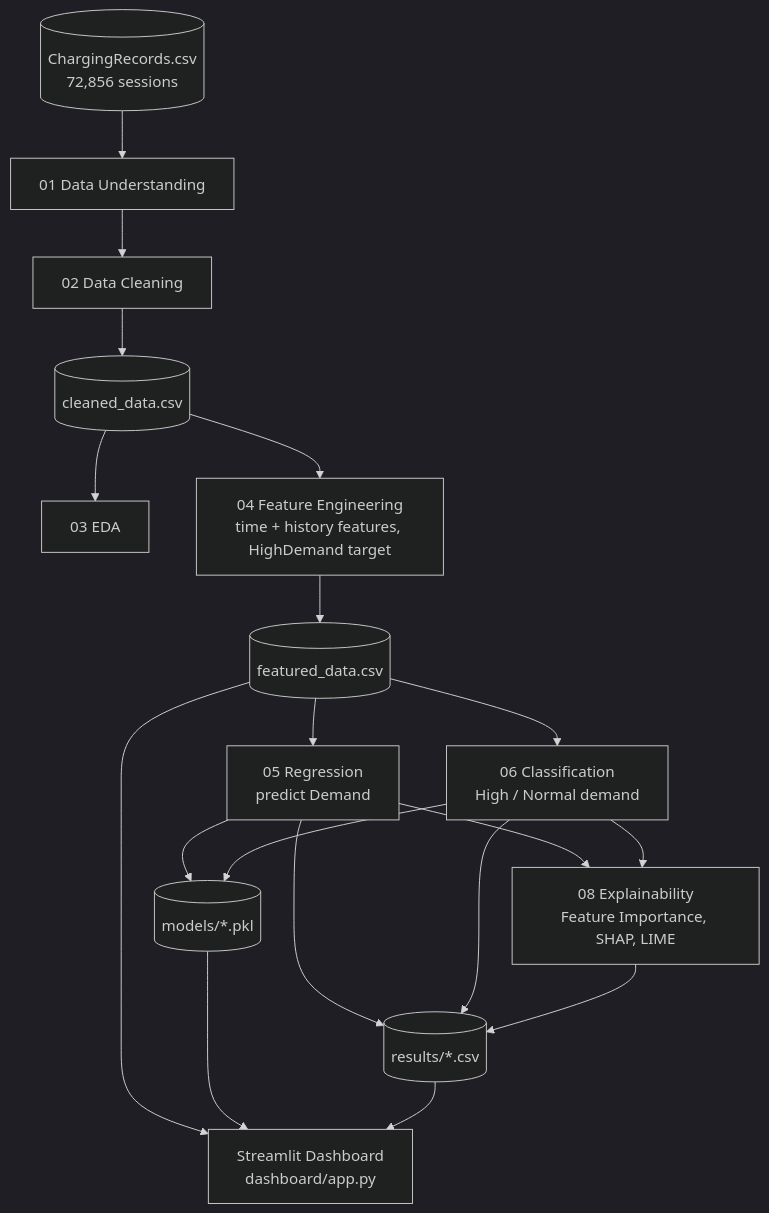
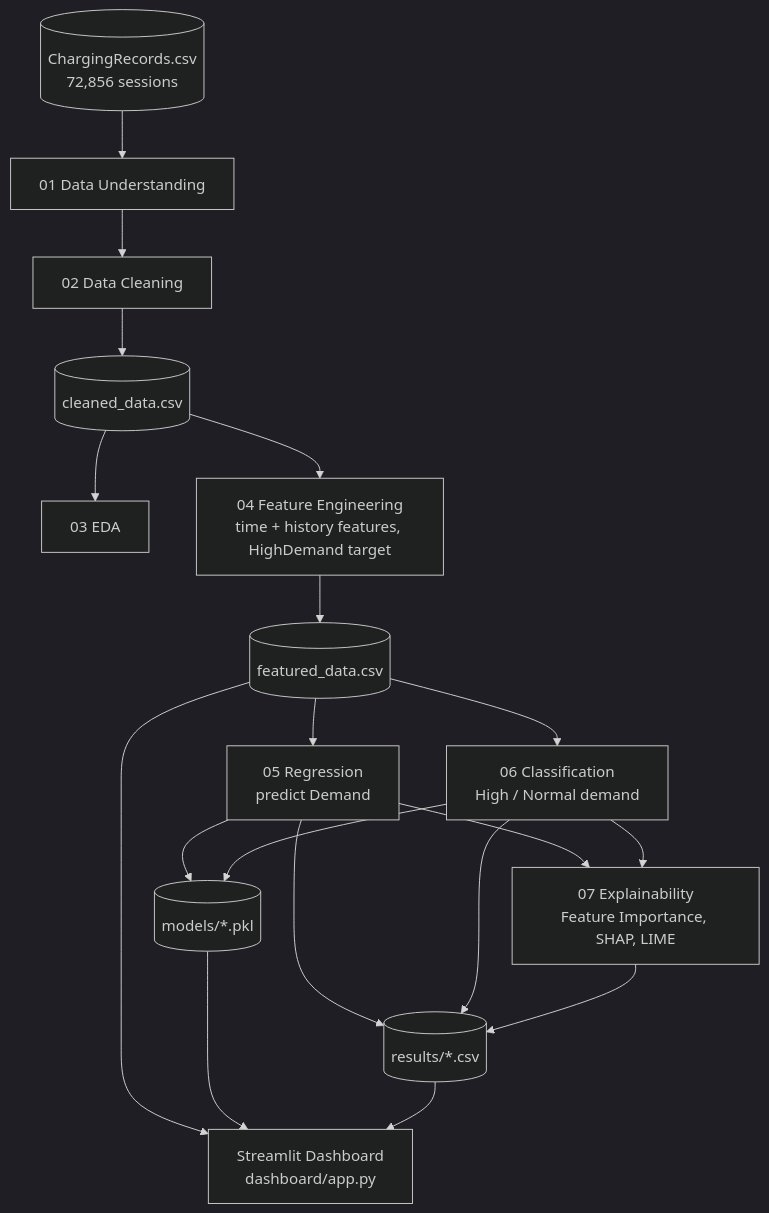
The diagram in README.md (ssrikanthssk/EV_Charging_Demand_Analysis), drawn with Mermaid (dark theme) before and after one commit. The commit also changed other lines of this file and 1 other file, not shown here.

````diff
--- a/README.md
+++ b/README.md
@@ -140,21 +137,21 @@
 ```mermaid
 flowchart TD
     A[("ChargingRecords.csv<br/>72,856 sessions")] --> B["01 Data Understanding"]
     B --> C["02 Data Cleaning"]
     C --> D[("cleaned_data.csv")]
     D --> E["03 EDA"]
     D --> F["04 Feature Engineering<br/>time + history features, HighDemand target"]
     F --> G[("featured_data.csv")]
     G --> H["05 Regression<br/>predict Demand"]
     G --> I["06 Classification<br/>High / Normal demand"]
-    H --> K["08 Explainability<br/>Feature Importance, SHAP, LIME"]
+    H --> K["07 Explainability<br/>Feature Importance, SHAP, LIME"]
     I --> K
     H --> M[("models/*.pkl")]
     I --> M
     H --> R[("results/*.csv")]
     I --> R
     K --> R
     G --> S["Streamlit Dashboard<br/>dashboard/app.py"]
     M --> S
     R --> S
 ```
````
